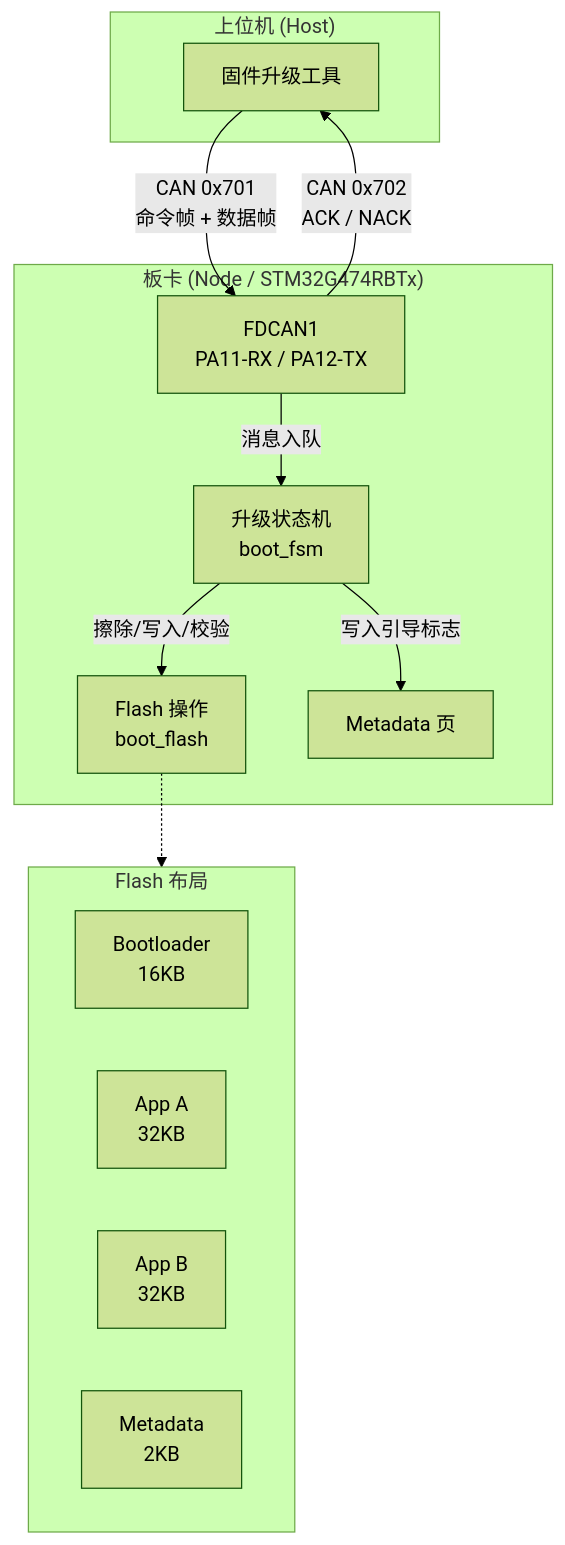
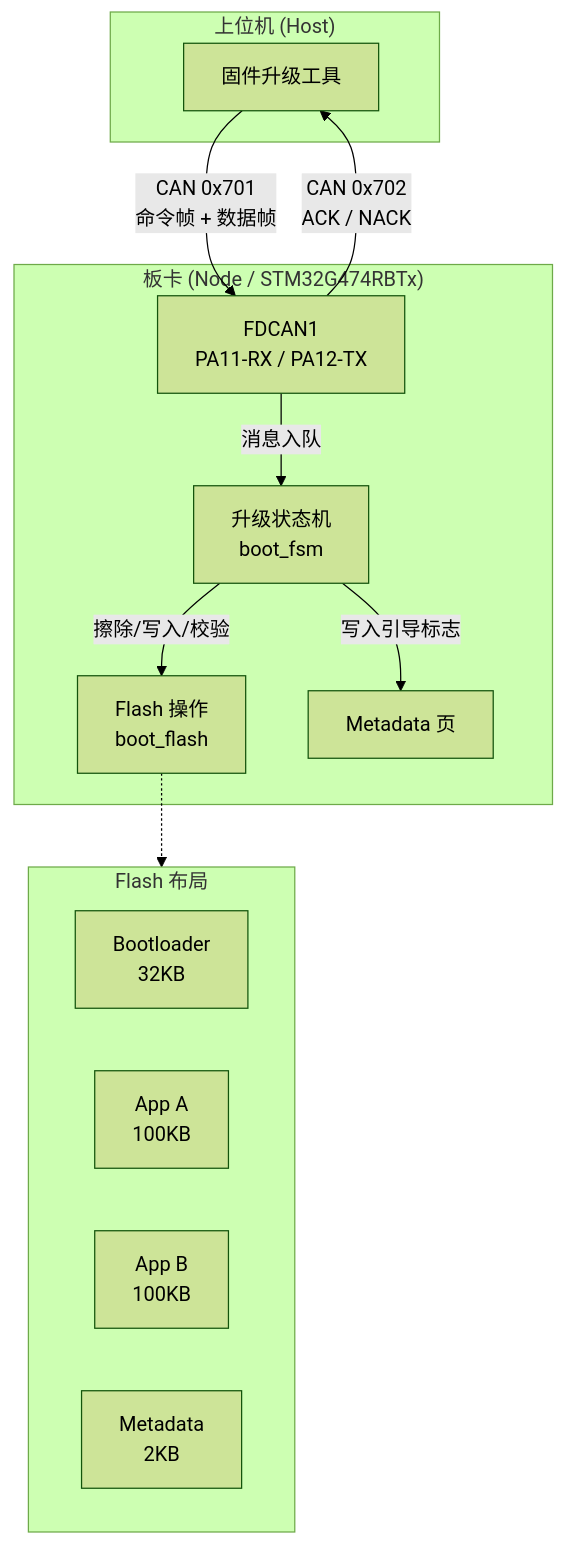
Before and after one commit to fubingyan2026/stm32_g474_boot: the first of 8 diagrams in boot_protocol_spec.md, drawn with Mermaid (forest theme). The commit also changed other lines of this file and 3 other files, not shown here.

````diff
--- a/boot_protocol_spec.md
+++ b/boot_protocol_spec.md
@@ -27,28 +27,28 @@
 ```mermaid
 graph TB
     subgraph Host["上位机 (Host)"]
         Tool["固件升级工具"]
     end
 
     subgraph Node["板卡 (Node / STM32G474RBTx)"]
         CAN["FDCAN1<br/>PA11-RX / PA12-TX"]
         FSM["升级状态机<br/>boot_fsm"]
         Flash["Flash 操作<br/>boot_flash"]
         Meta["Metadata 页"]
     end
 
     Tool -->|"CAN 0x701<br/>命令帧 + 数据帧"| CAN
     CAN -->|"CAN 0x702<br/>ACK / NACK"| Tool
     CAN -->|"消息入队"| FSM
     FSM -->|"擦除/写入/校验"| Flash
     FSM -->|"写入引导标志"| Meta
 
     subgraph FlashLayout["Flash 布局"]
-        BL["Bootloader<br/>16KB"]
-        AppA["App A<br/>32KB"]
-        AppB["App B<br/>32KB"]
+        BL["Bootloader<br/>32KB"]
+        AppA["App A<br/>100KB"]
+        AppB["App B<br/>100KB"]
         MetaPage["Metadata<br/>2KB"]
     end
 
     Flash -.-> FlashLayout
 ```
````
